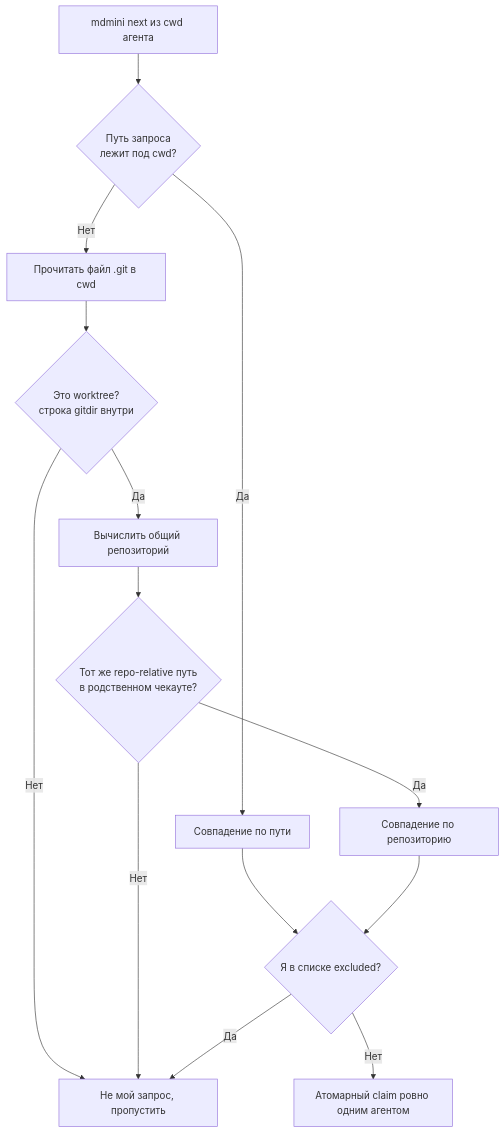
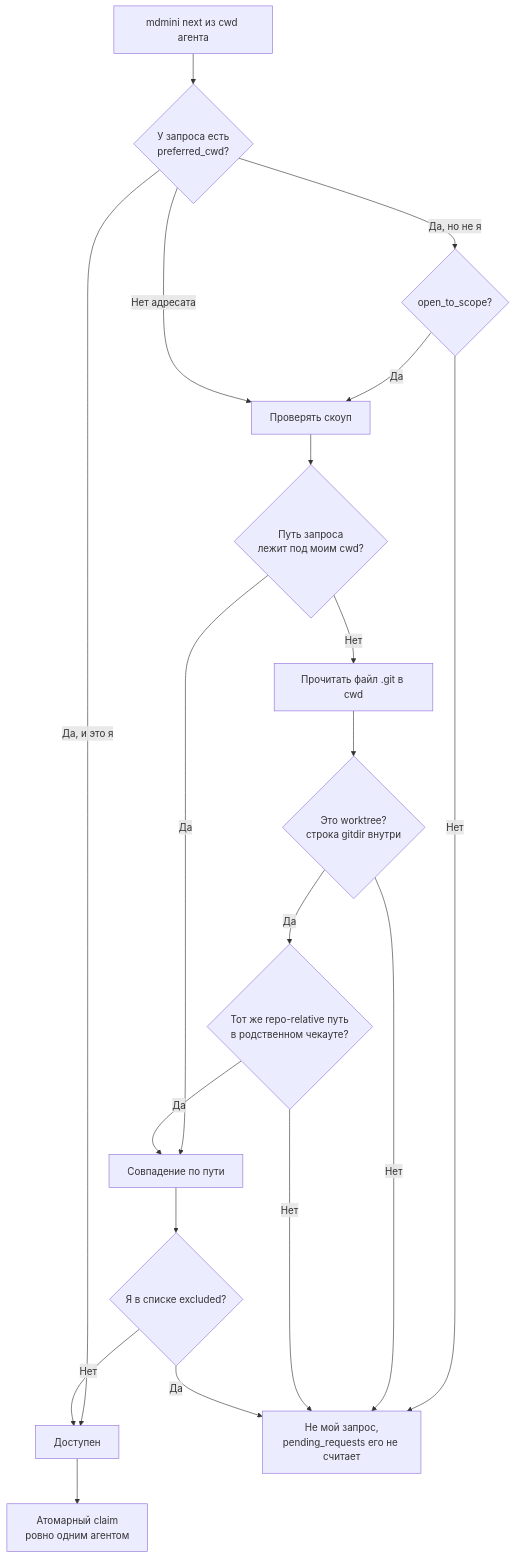
Before and after one commit to malinborn/mdmini: diagram 14 of 19 in docs/superpowers/specs/2026-08-23-document-requests-design.md, drawn with Mermaid. The commit also changed other lines of this file, not shown here.

````diff
--- a/docs/superpowers/specs/2026-08-23-document-requests-design.md
+++ b/docs/superpowers/specs/2026-08-23-document-requests-design.md
@@ -229,16 +372,21 @@
 ```mermaid
 flowchart TD
-    A["mdmini next из cwd агента"] --> B{"Путь запроса<br/>лежит под cwd?"}
-    B -->|"Да"| C["Совпадение по пути"]
-    B -->|"Нет"| D["Прочитать файл .git в cwd"]
-    D --> E{"Это worktree?<br/>строка gitdir внутри"}
-    E -->|"Нет"| F["Не мой запрос, пропустить"]
-    E -->|"Да"| G["Вычислить общий репозиторий"]
-    G --> H{"Тот же repo-relative путь<br/>в родственном чекауте?"}
-    H -->|"Нет"| F
-    H -->|"Да"| I["Совпадение по репозиторию"]
-    C --> J{"Я в списке excluded?"}
-    I --> J
-    J -->|"Да"| F
-    J -->|"Нет"| K["Атомарный claim ровно одним агентом"]
+    A["mdmini next из cwd агента"] --> B{"У запроса есть<br/>preferred_cwd?"}
+    B -->|"Да, и это я"| K["Доступен"]
+    B -->|"Да, но не я"| C{"open_to_scope?"}
+    C -->|"Нет"| Z["Не мой запрос,<br/>pending_requests его не считает"]
+    C -->|"Да"| D["Проверять скоуп"]
+    B -->|"Нет адресата"| D
+    D --> E{"Путь запроса<br/>лежит под моим cwd?"}
+    E -->|"Да"| J["Совпадение по пути"]
+    E -->|"Нет"| F["Прочитать файл .git в cwd"]
+    F --> G{"Это worktree?<br/>строка gitdir внутри"}
+    G -->|"Нет"| Z
+    G -->|"Да"| H{"Тот же repo-relative путь<br/>в родственном чекауте?"}
+    H -->|"Нет"| Z
+    H -->|"Да"| J
+    J --> I{"Я в списке excluded?"}
+    I -->|"Да"| Z
+    I -->|"Нет"| K
+    K --> L["Атомарный claim<br/>ровно одним агентом"]
 ```
````
